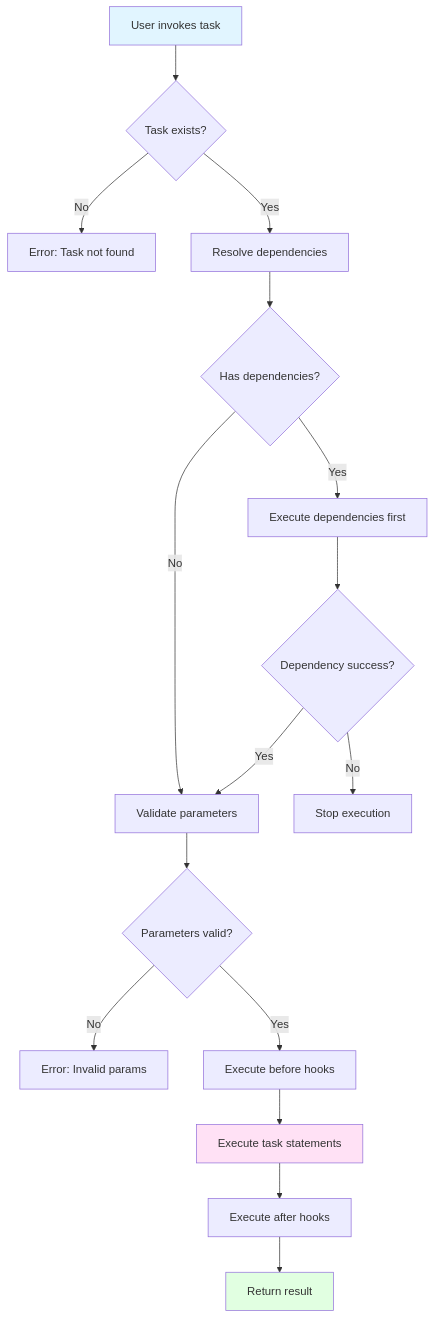
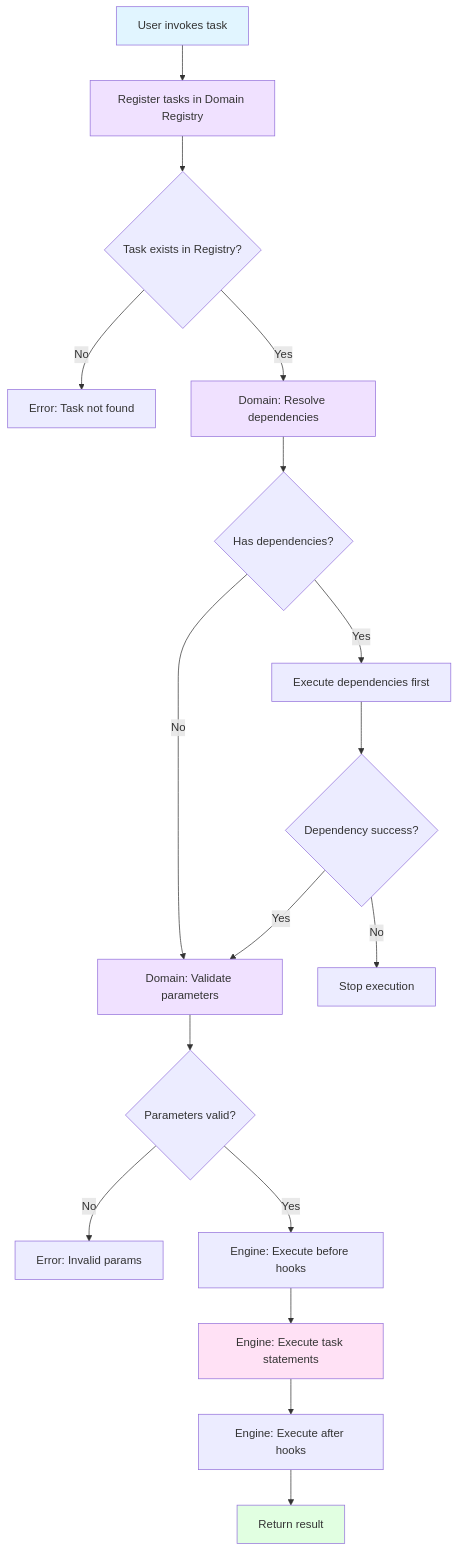
Before and after one commit to phillarmonic/drun: the fourth of 9 diagrams in ARCHITECTURE.md, drawn with Mermaid. The commit also changed other lines of this file and 2 other files, not shown here.

Commit message:
Domain layer

````diff
--- a/ARCHITECTURE.md
+++ b/ARCHITECTURE.md
@@ -401,26 +423,30 @@
 ```mermaid
 flowchart TD
-    A[User invokes task] --> B{Task exists?}
+    A[User invokes task] --> REG[Register tasks in Domain Registry]
+    REG --> B{Task exists in Registry?}
     B -->|No| C[Error: Task not found]
-    B -->|Yes| D[Resolve dependencies]
+    B -->|Yes| D[Domain: Resolve dependencies]
     
     D --> E{Has dependencies?}
-    E -->|No| F[Validate parameters]
+    E -->|No| F[Domain: Validate parameters]
     E -->|Yes| G[Execute dependencies first]
     
     G --> H{Dependency success?}
     H -->|No| I[Stop execution]
     H -->|Yes| F
     
     F --> J{Parameters valid?}
     J -->|No| K[Error: Invalid params]
-    J -->|Yes| L[Execute before hooks]
+    J -->|Yes| L[Engine: Execute before hooks]
     
-    L --> M[Execute task statements]
-    M --> N[Execute after hooks]
+    L --> M[Engine: Execute task statements]
+    M --> N[Engine: Execute after hooks]
     N --> O[Return result]
     
     style A fill:#e1f5ff
+    style REG fill:#f0e1ff
+    style D fill:#f0e1ff
+    style F fill:#f0e1ff
     style M fill:#ffe1f5
     style O fill:#e1ffe1
 ```
````
